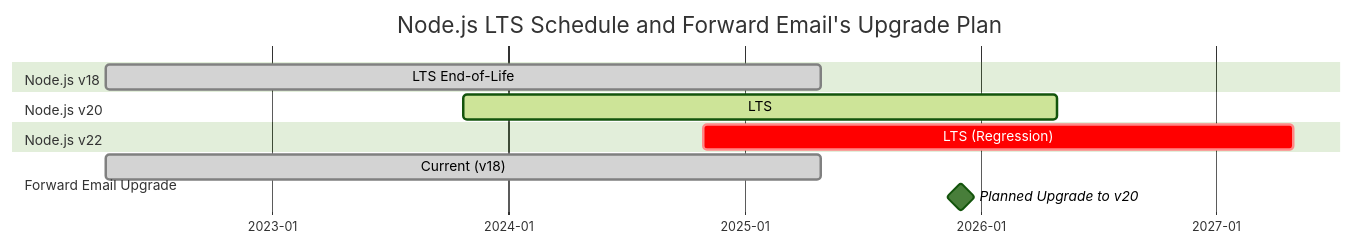
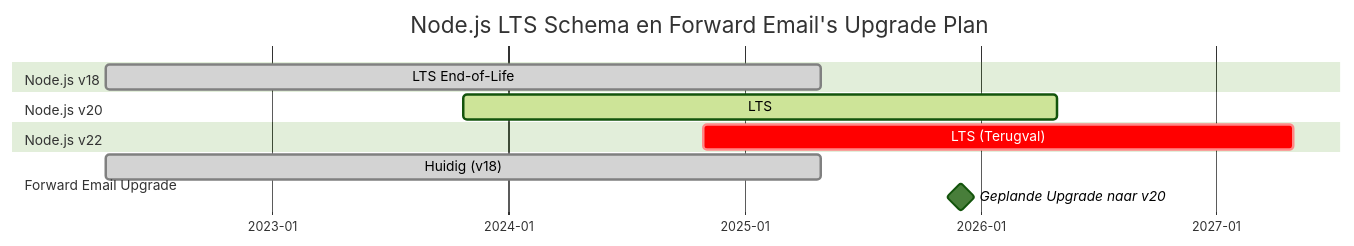
The first of 3 diagrams in app/views/docs/sqlite-performance-optimization-pragma-chacha20-production-guide/index-nl.md (forwardemail/forwardemail.net), drawn with Mermaid (forest theme) before and after one commit. The commit also changed other lines of this file and 1055 other files, not shown here.

````diff
--- a/app/views/docs/sqlite-performance-optimization-pragma-chacha20-production-guide/index-nl.md
+++ b/app/views/docs/sqlite-performance-optimization-pragma-chacha20-production-guide/index-nl.md
@@ -54,19 +56,19 @@
 ```mermaid
 gantt
-    title Node.js LTS Schedule and Forward Email's Upgrade Plan
+    title Node.js LTS Schema en Forward Email's Upgrade Plan
     dateFormat  YYYY-MM-DD
     axisFormat  %Y-%m
 
     section Node.js v18
     LTS End-of-Life :done, 2022-04-19, 2025-04-30
 
     section Node.js v20
     LTS :active, 2023-10-24, 2026-04-30
 
     section Node.js v22
-    LTS (Regression) :crit, 2024-10-29, 2027-04-30
+    LTS (Terugval) :crit, 2024-10-29, 2027-04-30
 
     section Forward Email Upgrade
-    Current (v18) :done, 2022-04-19, 2025-04-30
-    Planned Upgrade to v20 :milestone, 2025-12-01, 1d
+    Huidig (v18) :done, 2022-04-19, 2025-04-30
+    Geplande Upgrade naar v20 :milestone, 2025-12-01, 1d
 ```
````
